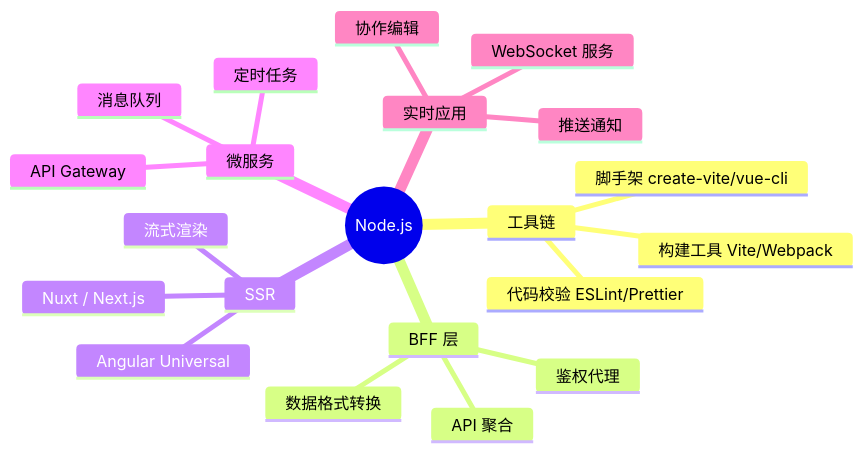
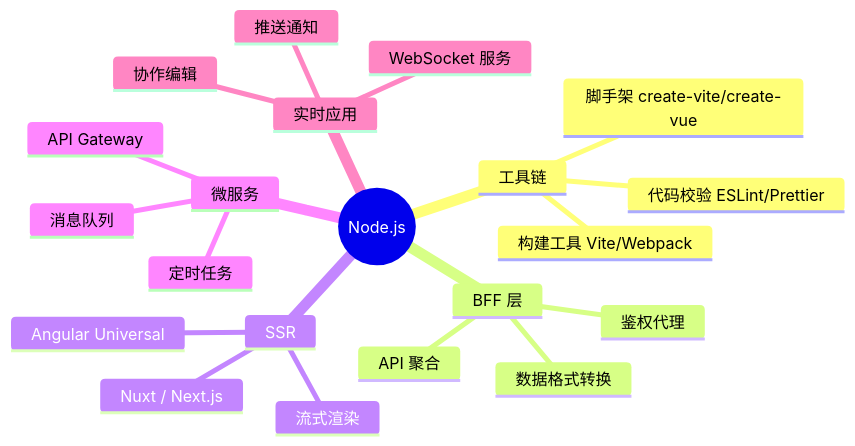
Before and after one commit to KMaybe01/common: the first of 6 diagrams in S3-进阶提升/07-Node.js与服务端.md, drawn with Mermaid. The commit also changed other lines of this file and 25 other files, not shown here.

````diff
--- a/S3-进阶提升/07-Node.js与服务端.md
+++ b/S3-进阶提升/07-Node.js与服务端.md
@@ -11,24 +11,24 @@
 ```mermaid
 mindmap
   root((Node.js))
     工具链
       构建工具 Vite/Webpack
-      脚手架 create-vite/vue-cli
+      脚手架 create-vite/create-vue
       代码校验 ESLint/Prettier
     BFF 层
       API 聚合
       数据格式转换
       鉴权代理
     SSR
       Nuxt / Next.js
       Angular Universal
       流式渲染
     微服务
       API Gateway
       定时任务
       消息队列
     实时应用
       WebSocket 服务
       协作编辑
       推送通知
 ```
````
